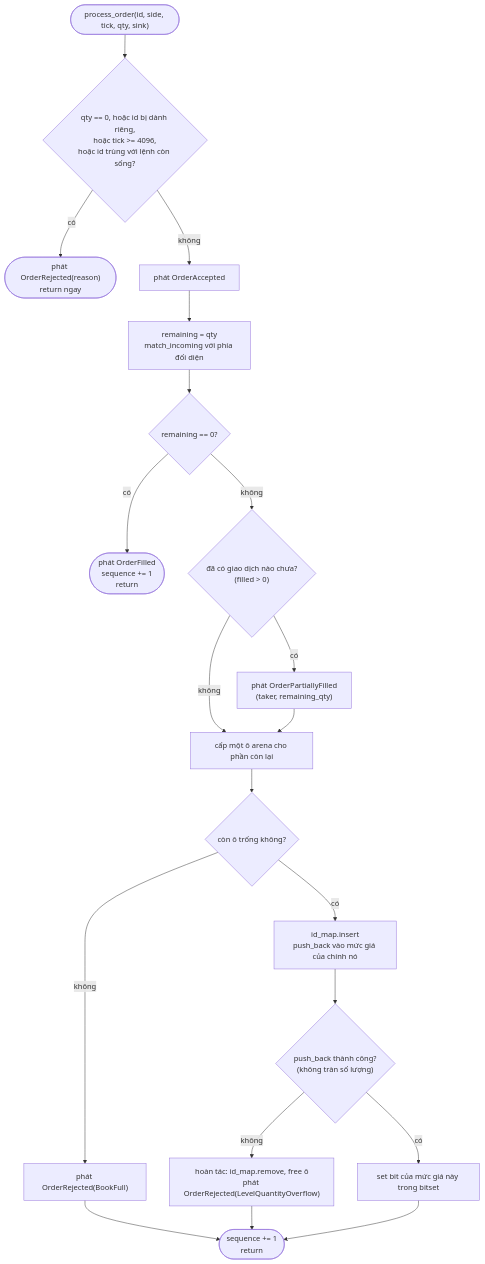
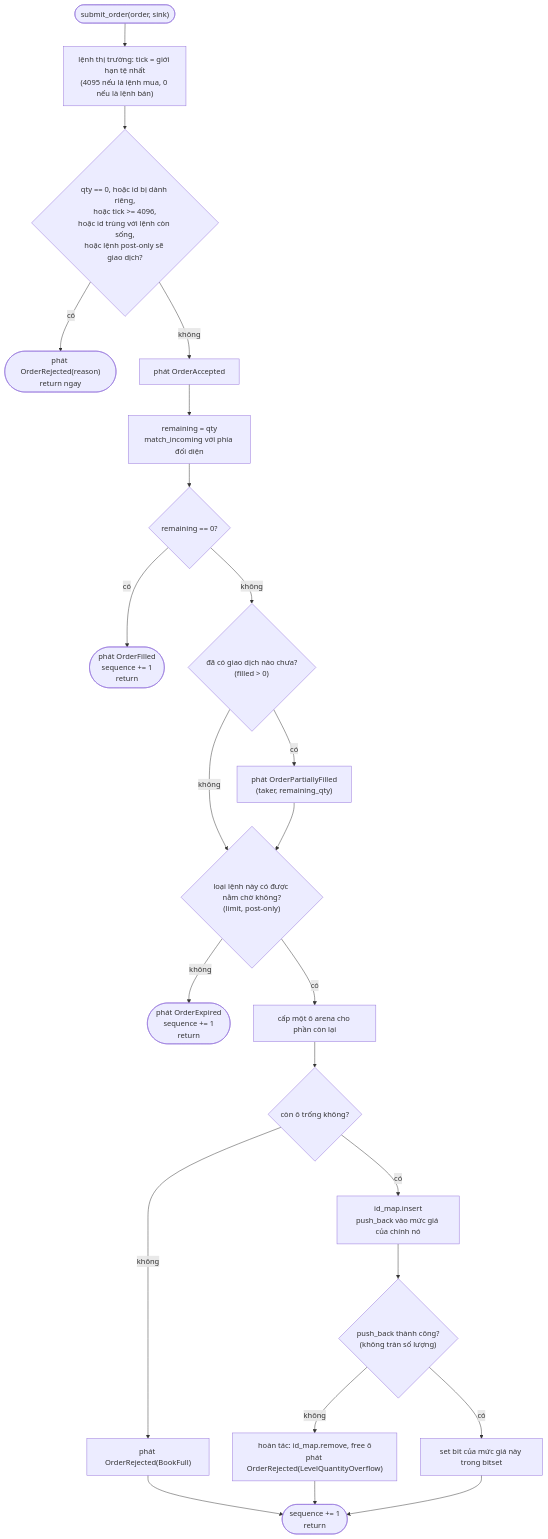
One commit to daohainam/rust-matching-engine changed the first of 2 diagrams in docs/vi/06-matching-algorithm.md. Above: the diagram before and after it, drawn with Mermaid. The commit also changed other lines of this file, not shown here.

Commit message:
docs(vi): mirror chapter 6's order types, self-trade prevention, reduce and mass cancel

````diff
--- a/docs/vi/06-matching-algorithm.md
+++ b/docs/vi/06-matching-algorithm.md
@@ -52,22 +72,25 @@
 ```mermaid
 flowchart TD
-    A(["process_order(id, side, tick, qty, sink)"]) --> B{"qty == 0, hoặc id bị dành riêng,<br/>hoặc tick >= 4096,<br/>hoặc id trùng với lệnh còn sống?"}
+    A(["submit_order(order, sink)"]) --> A2["lệnh thị trường: tick = giới hạn tệ nhất<br/>(4095 nếu là lệnh mua, 0 nếu là lệnh bán)"]
+    A2 --> B{"qty == 0, hoặc id bị dành riêng,<br/>hoặc tick >= 4096,<br/>hoặc id trùng với lệnh còn sống,<br/>hoặc lệnh post-only sẽ giao dịch?"}
     B -- có --> R(["phát OrderRejected(reason)<br/>return ngay"])
     B -- không --> C["phát OrderAccepted"]
     C --> D["remaining = qty<br/>match_incoming với phía đối diện"]
     D --> E{"remaining == 0?"}
     E -- có --> F(["phát OrderFilled<br/>sequence += 1<br/>return"])
     E -- không --> G{"đã có giao dịch nào chưa?<br/>(filled > 0)"}
     G -- có --> H["phát OrderPartiallyFilled<br/>(taker, remaining_qty)"]
-    G -- không --> I
-    H --> I["cấp một ô arena cho phần còn lại"]
+    G -- không --> T
+    H --> T{"loại lệnh này có được nằm chờ không?<br/>(limit, post-only)"}
+    T -- không --> X(["phát OrderExpired<br/>sequence += 1<br/>return"])
+    T -- có --> I["cấp một ô arena cho phần còn lại"]
     I --> J{"còn ô trống không?"}
     J -- không --> K["phát OrderRejected(BookFull)"]
     J -- có --> L["id_map.insert<br/>push_back vào mức giá của chính nó"]
     L --> M{"push_back thành công?<br/>(không tràn số lượng)"}
     M -- không --> N["hoàn tác: id_map.remove, free ô<br/>phát OrderRejected(LevelQuantityOverflow)"]
     M -- có --> O["set bit của mức giá này trong bitset"]
     K --> P(["sequence += 1<br/>return"])
     N --> P
     O --> P
 ```
````
